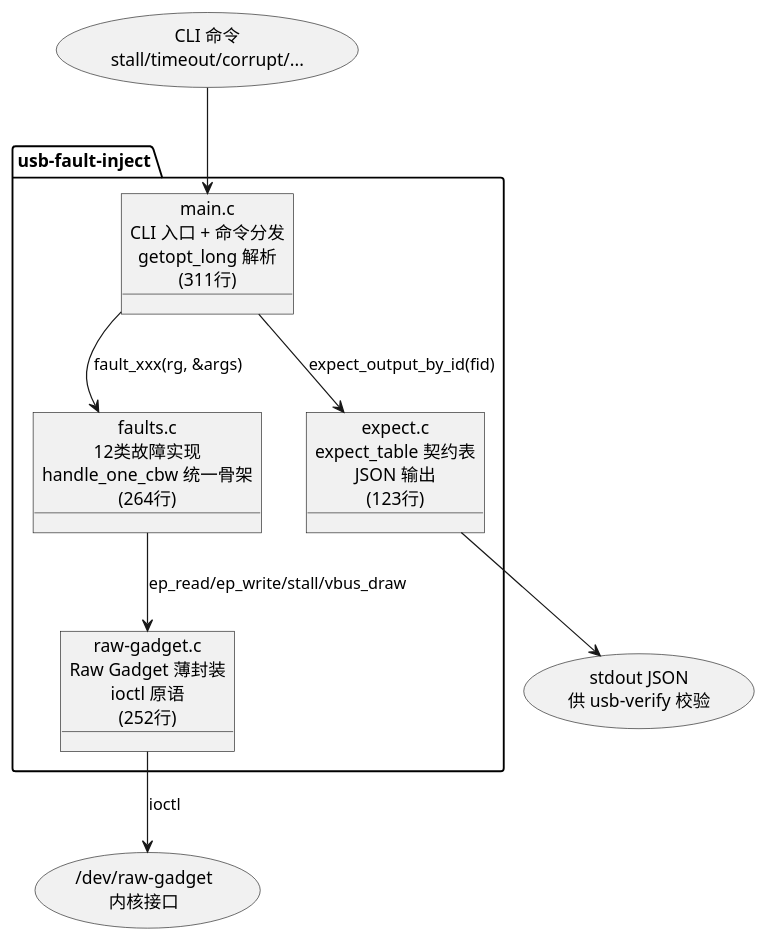
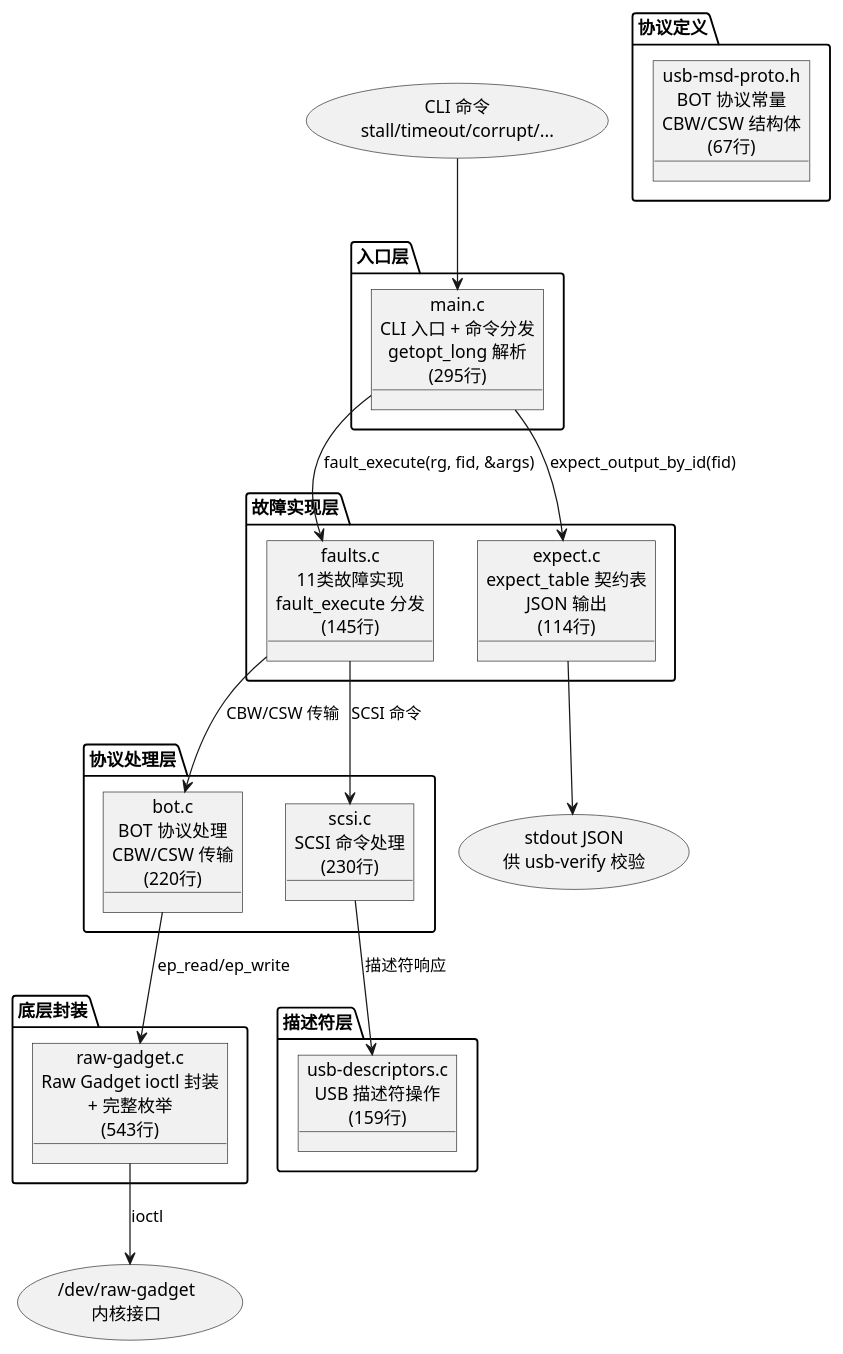
The fourth of 9 diagrams in 02-IO增强/02.04-故障注入工具-usb-fault-inject.md (lechao365/AndroidSystemEnhance), drawn with PlantUML before and after one commit. The commit also changed other lines of this file and 15 other files, not shown here.

````diff
--- a/02-IO增强/02.04-故障注入工具-usb-fault-inject.md
+++ b/02-IO增强/02.04-故障注入工具-usb-fault-inject.md
@@ -131,22 +138,44 @@
 ```plantuml
 @startuml
 allowmixing
-package "usb-fault-inject" as mod {
-    object "main.c\nCLI 入口 + 命令分发\ngetopt_long 解析\n(311行)" as Main
-    object "faults.c\n12类故障实现\nhandle_one_cbw 统一骨架\n(264行)" as Faults
-    object "raw-gadget.c\nRaw Gadget 薄封装\nioctl 原语\n(252行)" as RG
-    object "expect.c\nexpect_table 契约表\nJSON 输出\n(123行)" as Expect
+package "入口层" as entry {
+    object "main.c\nCLI 入口 + 命令分发\ngetopt_long 解析\n(295行)" as Main
+}
+
+package "协议处理层" as proto {
+    object "bot.c\nBOT 协议处理\nCBW/CSW 传输\n(220行)" as BOT
+    object "scsi.c\nSCSI 命令处理\n(230行)" as SCSI
+}
+
+package "描述符层" as desc {
+    object "usb-descriptors.c\nUSB 描述符操作\n(159行)" as UDESC
+}
+
+package "底层封装" as bottom {
+    object "raw-gadget.c\nRaw Gadget ioctl 封装\n+ 完整枚举\n(543行)" as RG
+}
+
+package "故障实现层" as faults {
+    object "faults.c\n11类故障实现\nfault_execute 分发\n(145行)" as Faults
+    object "expect.c\nexpect_table 契约表\nJSON 输出\n(114行)" as Expect
+}
+
+package "协议定义" as defs {
+    object "usb-msd-proto.h\nBOT 协议常量\nCBW/CSW 结构体\n(67行)" as Proto
 }
 
 usecase "CLI 命令\nstall/timeout/corrupt/..." as Cmd
 usecase "/dev/raw-gadget\n内核接口" as Dev
 usecase "stdout JSON\n供 usb-verify 校验" as JSON
 
 Cmd --> Main
-Main --> Faults : fault_xxx(rg, &args)
+Main --> Faults : fault_execute(rg, fid, &args)
 Main --> Expect : expect_output_by_id(fid)
-Faults --> RG : ep_read/ep_write/stall/vbus_draw
+Faults --> BOT : CBW/CSW 传输
+Faults --> SCSI : SCSI 命令
+BOT --> RG : ep_read/ep_write
+SCSI --> UDESC : 描述符响应
 RG --> Dev : ioctl
 Expect --> JSON
 @enduml
 ```
````
